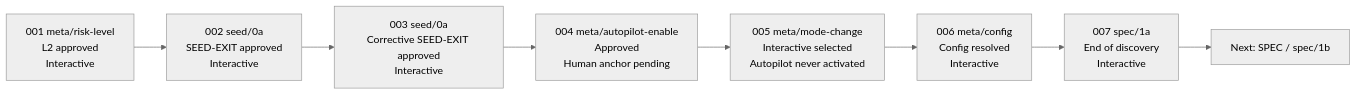
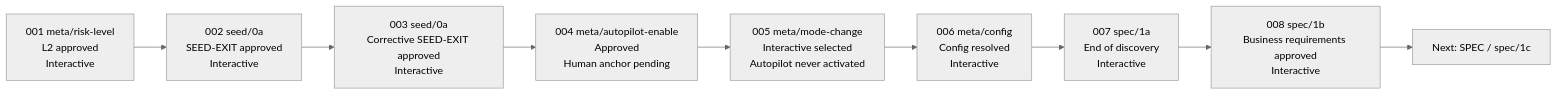
One commit to dvazqueb11/demo-agentic-workflow-sample changed the diagram in twtty/replay-execution/execution-diagram.md. Above: the diagram before and after it, drawn with Mermaid (neutral theme). The commit also changed 3 other files, not shown here.

Commit message:
Approve baseline business requirements

````diff
--- a/twtty/replay-execution/execution-diagram.md
+++ b/twtty/replay-execution/execution-diagram.md
@@ -5,13 +5,14 @@
 ```mermaid
 flowchart LR
     R["001 meta/risk-level<br/>L2 approved<br/>Interactive"]
     S["002 seed/0a<br/>SEED-EXIT approved<br/>Interactive"]
     C["003 seed/0a<br/>Corrective SEED-EXIT approved<br/>Interactive"]
     A["004 meta/autopilot-enable<br/>Approved<br/>Human anchor pending"]
     I["005 meta/mode-change<br/>Interactive selected<br/>Autopilot never activated"]
     G["006 meta/config<br/>Config resolved<br/>Interactive"]
     D["007 spec/1a<br/>End of discovery<br/>Interactive"]
-    N["Next: SPEC / spec/1b"]
+    B["008 spec/1b<br/>Business requirements approved<br/>Interactive"]
+    N["Next: SPEC / spec/1c"]
 
-    R --> S --> C --> A --> I --> G --> D --> N
+    R --> S --> C --> A --> I --> G --> D --> B --> N
 ```
````
